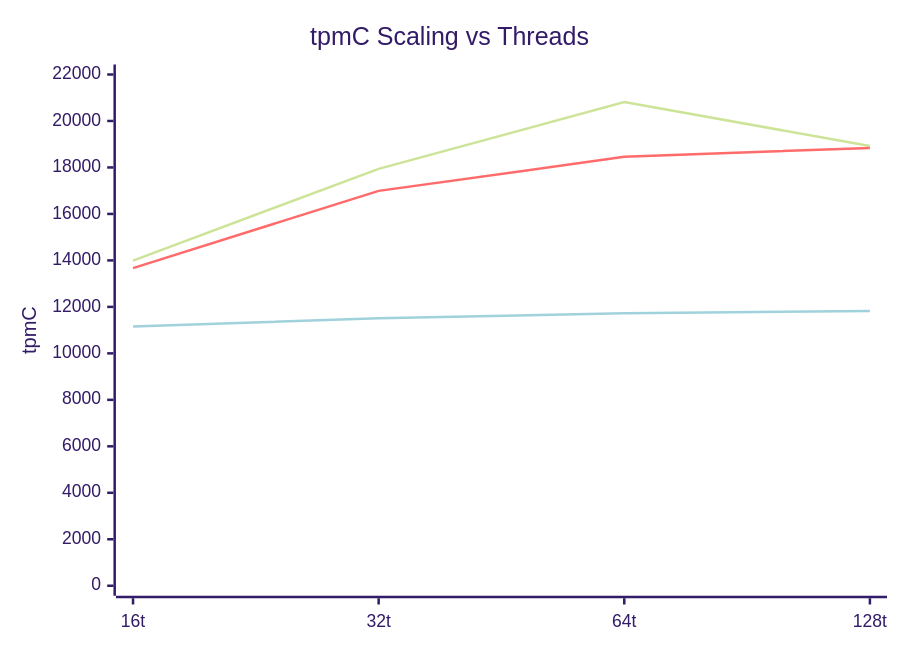
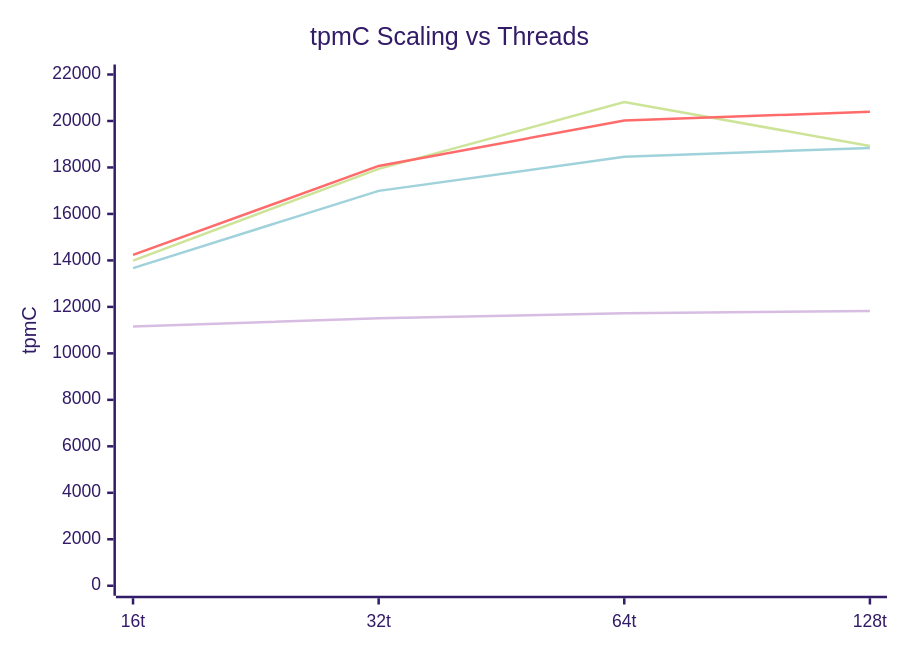
One commit to heavenruler/dba_career changed the first of 4 diagrams in poc/results/tidb-tc1/S-BASE/compare.md. Above: the diagram before and after it, drawn with Mermaid (forest theme). The commit also changed other lines of this file, not shown here.

````diff
--- a/poc/results/tidb-tc1/S-BASE/compare.md
+++ b/poc/results/tidb-tc1/S-BASE/compare.md
@@ -31,9 +33,10 @@
 ```mermaid
 xychart-beta
   title "tpmC Scaling vs Threads"
   x-axis ["16t", "32t", "64t", "128t"]
   y-axis "tpmC" 0 --> 22000
   line [13993, 17939, 20816, 18923]
+  line [14236, 18067, 20020, 20394]
   line [13668, 16992, 18456, 18842]
   line [11156, 11508, 11729, 11823]
 ```
````
